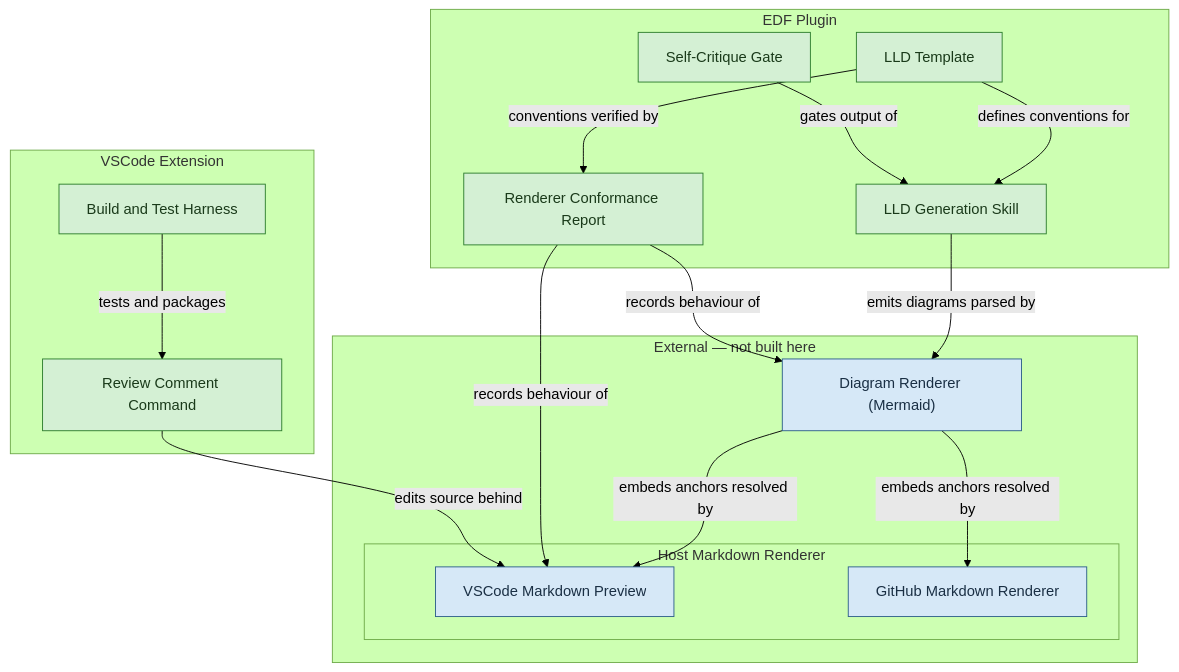
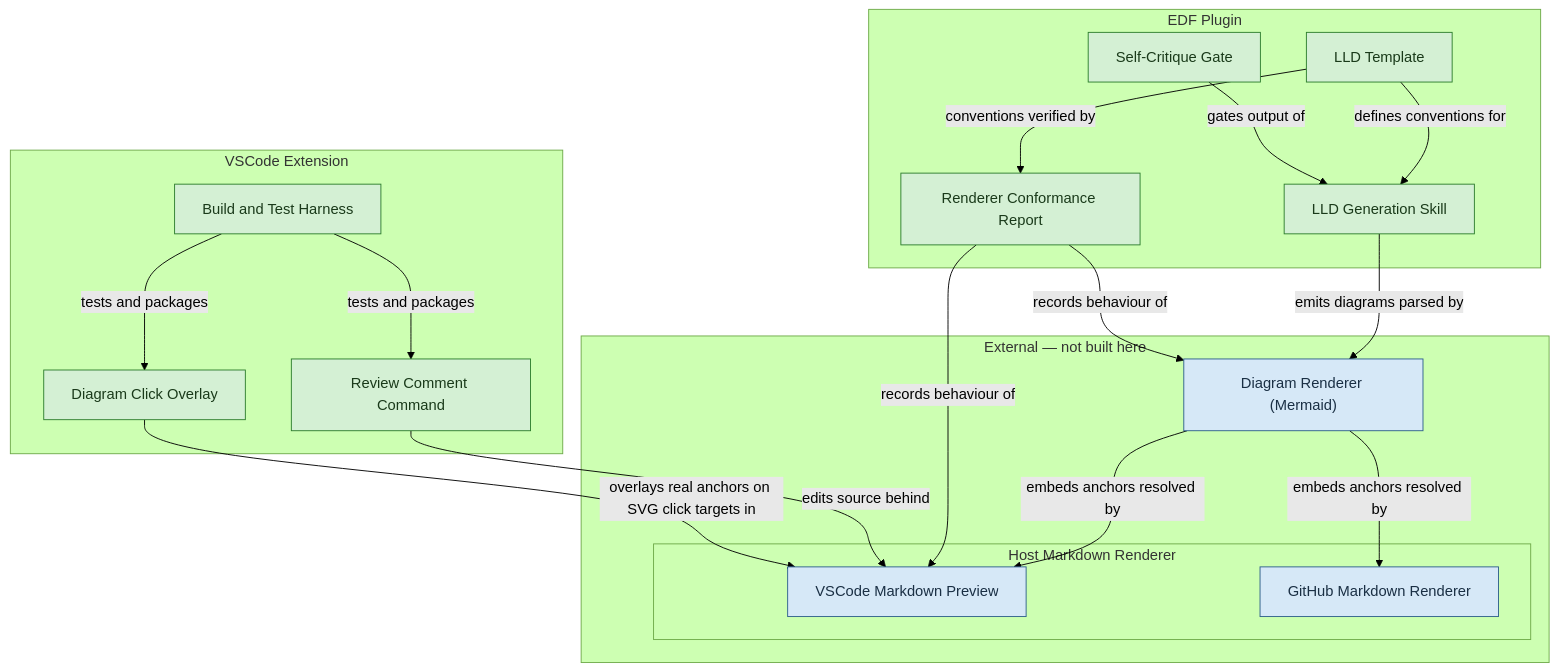
Before and after one commit to mironyx/engineering-delivery-framework: the first of 7 diagrams in plugins/edf/docs/design/v1/v1-design.md, drawn with Mermaid (forest theme). The commit also changed other lines of this file, not shown here.

Commit message:
docs: HLD v1.4 — add C9/C2.9 diagram click-through overlay, Flow 6, fix stale C2.4/C2.8 claims

````diff
--- a/plugins/edf/docs/design/v1/v1-design.md
+++ b/plugins/edf/docs/design/v1/v1-design.md
@@ -210,39 +230,42 @@
 ```mermaid
 flowchart TD
     subgraph sgPlugin["EDF Plugin"]
         Template["LLD Template"]
         Skill["LLD Generation Skill"]
         Critique["Self-Critique Gate"]
         Report["Renderer Conformance Report"]
     end
 
     subgraph sgExt["VSCode Extension"]
         ReviewCmd["Review Comment Command"]
         BuildHarness["Build and Test Harness"]
+        Overlay["Diagram Click Overlay"]
     end
 
     subgraph sgExternal["External — not built here"]
         Mermaid["Diagram Renderer (Mermaid)"]
         subgraph sgHost["Host Markdown Renderer"]
             Preview["VSCode Markdown Preview"]
             GitHub["GitHub Markdown Renderer"]
         end
     end
 
     Template -->|"defines conventions for"| Skill
     Skill -->|"emits diagrams parsed by"| Mermaid
     Critique -->|"gates output of"| Skill
     Template -->|"conventions verified by"| Report
     Mermaid -->|"embeds anchors resolved by"| Preview
     Mermaid -->|"embeds anchors resolved by"| GitHub
     Report -->|"records behaviour of"| Mermaid
     Report -->|"records behaviour of"| Preview
     BuildHarness -->|"tests and packages"| ReviewCmd
     ReviewCmd -->|"edits source behind"| Preview
+    Overlay -->|"overlays real anchors on SVG click targets in"| Preview
+    BuildHarness -->|"tests and packages"| Overlay
 
     classDef new fill:#d4f0d4,stroke:#2d7d2d,color:#1a3a1a
     classDef extsvc fill:#d6e8f7,stroke:#2d5f8a,color:#1a2f44
 
-    class Template,Skill,Critique,Report,ReviewCmd,BuildHarness new
+    class Template,Skill,Critique,Report,ReviewCmd,BuildHarness,Overlay new
     class Mermaid,Preview,GitHub extsvc
 ```
````
